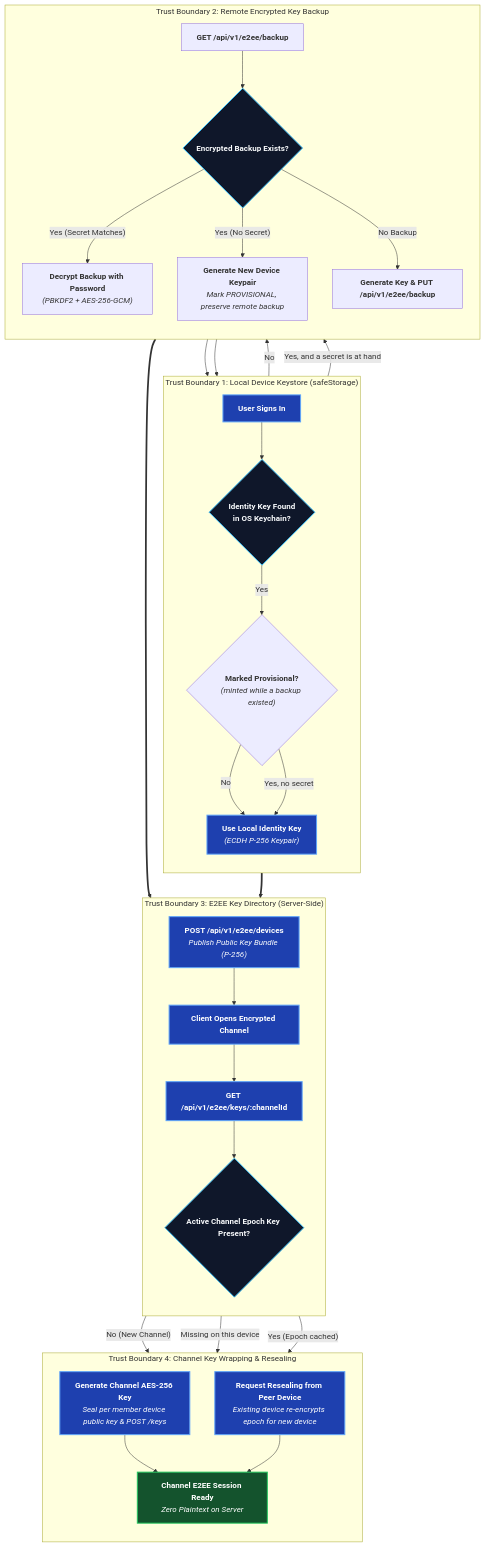
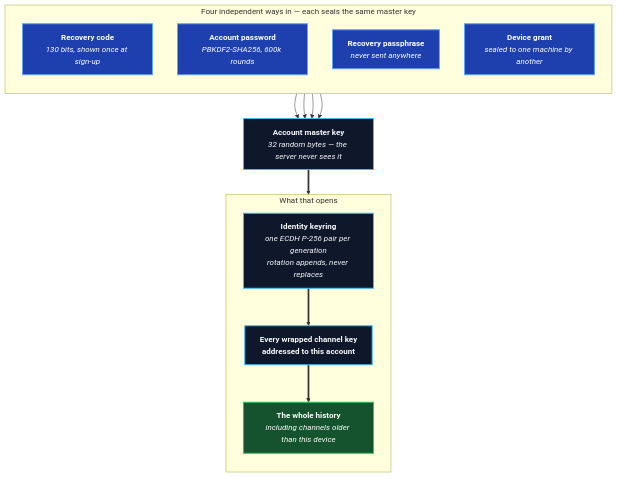
Before and after one commit to aiyu-ayaan/BetweenUs: the first of 2 diagrams in docs/docs/security/e2ee.md, drawn with Mermaid. The commit also changed other lines of this file and 4 other files, not shown here.

Commit message:
docs: update public docs for account vault, object reconciler, and new E2EE architecture

````diff
--- a/docs/docs/security/e2ee.md
+++ b/docs/docs/security/e2ee.md
@@ -29,66 +55,34 @@
 ```mermaid
 flowchart TD
-    %% TIER 1: SIGN IN & DEVICE IDENTITY CHECK
-    subgraph T_IDENTITY ["Trust Boundary 1: Local Device Keystore (safeStorage)"]
+    subgraph T_DOORS ["Four independent ways in — each seals the same master key"]
         direction TB
-        SignIn["<b>User Signs In</b>"]
-        HasKey{"<b>Identity Key Found<br/>in OS Keychain?</b>"}
-        UseKey["<b>Use Local Identity Key</b><br/><i>(ECDH P-256 Keypair)</i>"]
-        Provisional{"<b>Marked Provisional?</b><br/><i>(minted while a backup existed)</i>"}
-        SignIn --> HasKey
-        HasKey -->|"Yes"| Provisional
-        Provisional -->|"No"| UseKey
+        Code["<b>Recovery code</b><br/><i>130 bits, shown once at sign-up</i>"]
+        Password["<b>Account password</b><br/><i>PBKDF2-SHA256, 600k rounds</i>"]
+        Passphrase["<b>Recovery passphrase</b><br/><i>never sent anywhere</i>"]
+        Grant["<b>Device grant</b><br/><i>sealed to one machine by another</i>"]
     end
 
-    %% TIER 2: BACKUP & RECOVERY CLUSTER
-    subgraph T_BACKUP ["Trust Boundary 2: Remote Encrypted Key Backup"]
+    Master["<b>Account master key</b><br/><i>32 random bytes — the server never sees it</i>"]
+    Keyring["<b>Identity keyring</b><br/><i>one ECDH P-256 pair per generation<br/>rotation appends, never replaces</i>"]
+
+    Code --> Master
+    Password --> Master
+    Passphrase --> Master
+    Grant --> Master
+    Master ==> Keyring
+
+    subgraph T_CHANNEL ["What that opens"]
         direction TB
-        GetBackup["<b>GET /api/v1/e2ee/backup</b>"]
-        BackupExists{"<b>Encrypted Backup Exists?</b>"}
-        OpenBackup["<b>Decrypt Backup with Password</b><br/><i>(PBKDF2 + AES-256-GCM)</i>"]
-        GenOwnKey["<b>Generate New Device Keypair</b><br/><i>Mark PROVISIONAL, preserve remote backup</i>"]
-        GenBackup["<b>Generate Key & PUT /api/v1/e2ee/backup</b>"]
-
-        HasKey -->|"No"| GetBackup
-        Provisional -->|"Yes, and a secret is at hand"| GetBackup
-        Provisional -->|"Yes, no secret"| UseKey
-        GetBackup --> BackupExists
-        BackupExists -->|"Yes (Secret Matches)"| OpenBackup --> UseKey
-        BackupExists -->|"Yes (No Secret)"| GenOwnKey
-        BackupExists -->|"No Backup"| GenBackup --> UseKey
+        Keys["<b>Every wrapped channel key<br/>addressed to this account</b>"]
+        History["<b>The whole history</b><br/><i>including channels older than this device</i>"]
+        Keyring ==> Keys ==> History
     end
 
-    %% TIER 3: DEVICE REGISTRY & DIRECTORY
-    subgraph T_DIR ["Trust Boundary 3: E2EE Key Directory (Server-Side)"]
-        direction TB
-        PublishDevice["<b>POST /api/v1/e2ee/devices</b><br/><i>Publish Public Key Bundle (P-256)</i>"]
-        OpenChannel["<b>Client Opens Encrypted Channel</b>"]
-        GetChannelKeys["<b>GET /api/v1/e2ee/keys/:channelId</b>"]
-        HasEpoch{"<b>Active Channel Epoch Key Present?</b>"}
-
-        UseKey ==> PublishDevice
-        GenOwnKey ==> PublishDevice
-        PublishDevice --> OpenChannel --> GetChannelKeys --> HasEpoch
-    end
-
-    %% TIER 4: CHANNEL KEY DISTRIBUTION
-    subgraph T_WRAP ["Trust Boundary 4: Channel Key Wrapping & Resealing"]
-        direction TB
-        NewEpoch["<b>Generate Channel AES-256 Key</b><br/><i>Seal per member device public key & POST /keys</i>"]
-        ResealEpoch["<b>Request Resealing from Peer Device</b><br/><i>Existing device re-encrypts epoch for new device</i>"]
-        Ready["<b>Channel E2EE Session Ready</b><br/><i>Zero Plaintext on Server</i>"]
-
-        HasEpoch -->|"No (New Channel)"| NewEpoch --> Ready
-        HasEpoch -->|"Missing on this device"| ResealEpoch --> Ready
-        HasEpoch -->|"Yes (Epoch cached)"| Ready
-    end
-
-    %% Styling
-    classDef primary fill:#1e40af,stroke:#60a5fa,stroke-width:2px,color:#ffffff;
-    classDef decision fill:#0f172a,stroke:#38bdf8,stroke-width:2px,color:#f8fafc;
+    classDef door fill:#1e40af,stroke:#60a5fa,stroke-width:2px,color:#ffffff;
+    classDef core fill:#0f172a,stroke:#38bdf8,stroke-width:2px,color:#f8fafc;
     classDef ready fill:#14532d,stroke:#22c55e,stroke-width:2px,color:#ffffff;
 
-    class SignIn,UseKey,PublishDevice,OpenChannel,GetChannelKeys,NewEpoch,ResealEpoch primary;
-    class HasKey,BackupExists,HasEpoch decision;
-    class Ready ready;
+    class Code,Password,Passphrase,Grant door;
+    class Master,Keyring,Keys core;
+    class History ready;
 ```
````
